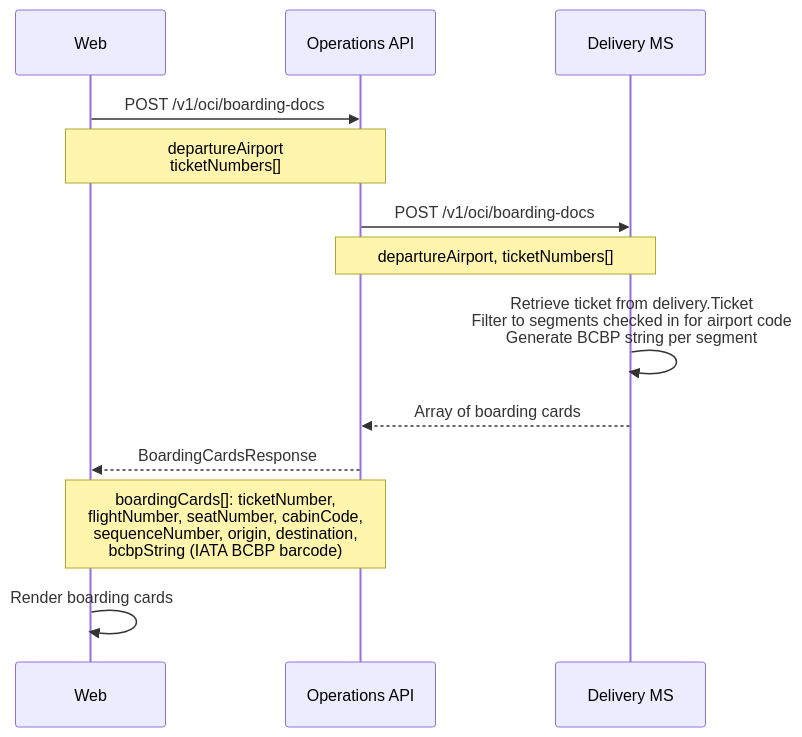
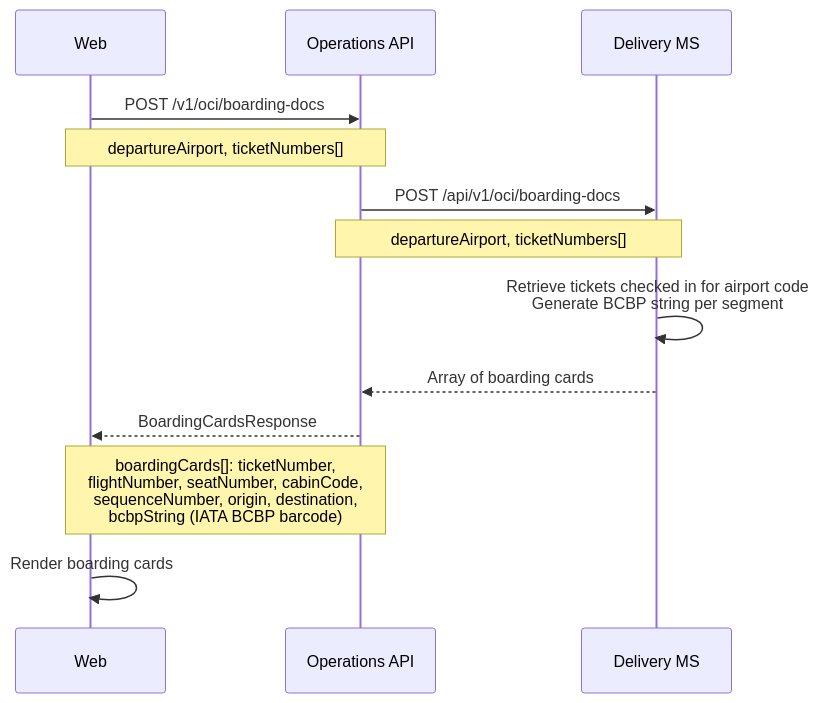
One commit to sebharvey/airline-reservation-system changed the seventh of 7 diagrams in documentation/sequences/check-in.md. Above: the diagram before and after it, drawn with Mermaid. The commit also changed other lines of this file and 11 other files, not shown here.

````diff
--- a/documentation/sequences/check-in.md
+++ b/documentation/sequences/check-in.md
@@ -194,19 +240,19 @@
 ```mermaid
 sequenceDiagram
     participant Web
     participant OpsAPI as Operations API
     participant DeliveryMS as Delivery MS
 
     Web->>OpsAPI: POST /v1/oci/boarding-docs
-    Note over Web,OpsAPI: departureAirport<br/>ticketNumbers[]
+    Note over Web,OpsAPI: departureAirport, ticketNumbers[]
 
-    OpsAPI->>DeliveryMS: POST /v1/oci/boarding-docs
+    OpsAPI->>DeliveryMS: POST /api/v1/oci/boarding-docs
     Note over OpsAPI,DeliveryMS: departureAirport, ticketNumbers[]
-    DeliveryMS->>DeliveryMS: Retrieve ticket from delivery.Ticket<br/>Filter to segments checked in for airport code<br/>Generate BCBP string per segment
+    DeliveryMS->>DeliveryMS: Retrieve tickets checked in for airport code<br/>Generate BCBP string per segment
     DeliveryMS-->>OpsAPI: Array of boarding cards
 
     OpsAPI-->>Web: BoardingCardsResponse
     Note over OpsAPI,Web: boardingCards[]: ticketNumber,<br/>flightNumber, seatNumber, cabinCode,<br/>sequenceNumber, origin, destination,<br/>bcbpString (IATA BCBP barcode)
 
     Web->>Web: Render boarding cards
 ```
````
